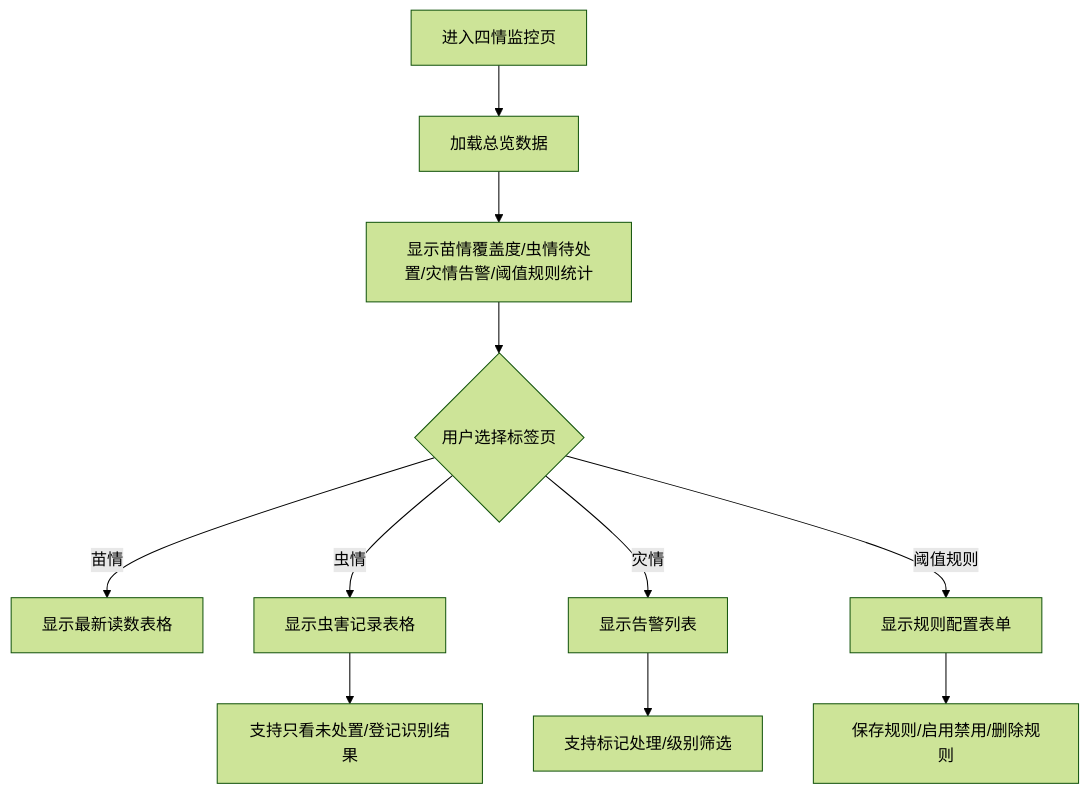
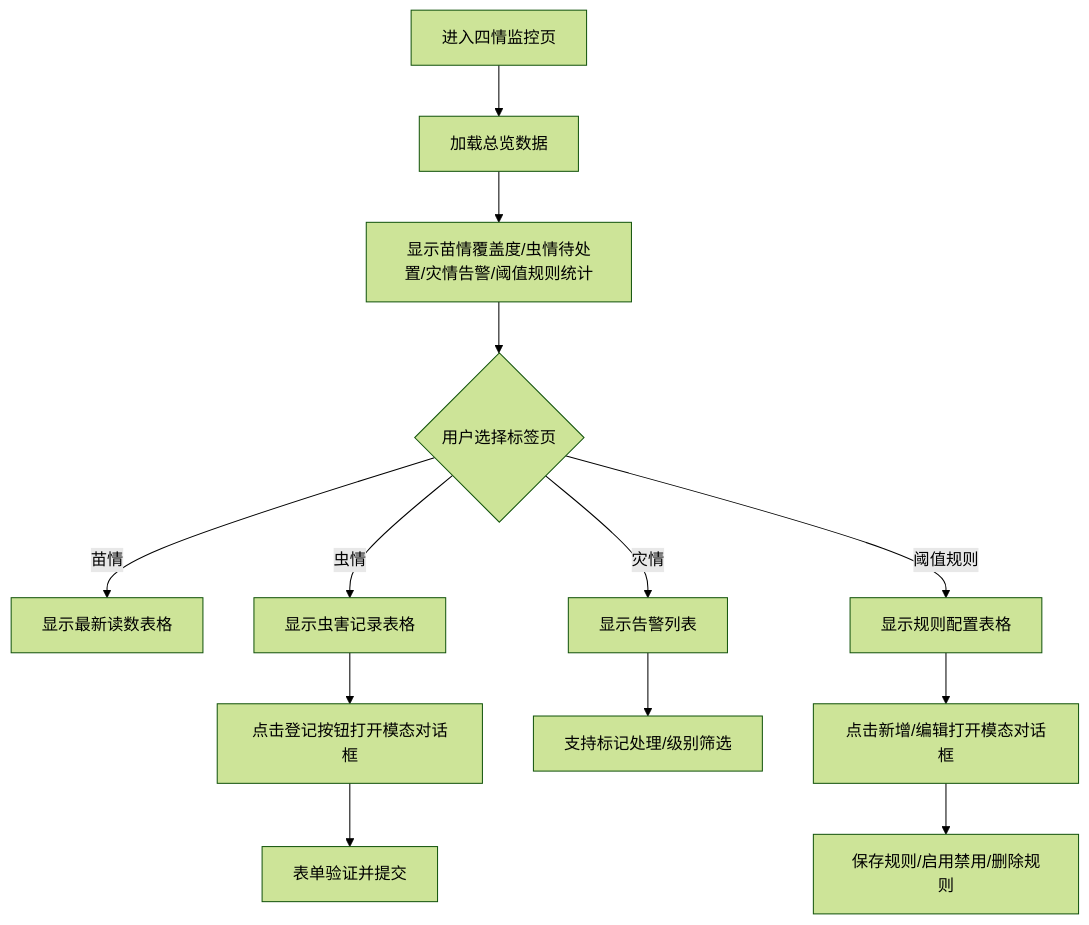
The fourth of 14 diagrams in .qoder/repowiki/zh/content/前端应用文档/前端应用文档.md (q446328246/agri-platform), drawn with Mermaid (forest theme) before and after one commit. The commit also changed other lines of this file and 37 other files, not shown here.

````diff
--- a/.qoder/repowiki/zh/content/前端应用文档/前端应用文档.md
+++ b/.qoder/repowiki/zh/content/前端应用文档/前端应用文档.md
@@ -229,13 +256,15 @@
 ```mermaid
 flowchart TD
 A["进入四情监控页"] --> B["加载总览数据"]
 B --> C["显示苗情覆盖度/虫情待处置/灾情告警/阈值规则统计"]
 C --> D{"用户选择标签页"}
 D --> |苗情| E["显示最新读数表格"]
 D --> |虫情| F["显示虫害记录表格"]
 D --> |灾情| G["显示告警列表"]
-D --> |阈值规则| H["显示规则配置表单"]
-F --> I["支持只看未处置/登记识别结果"]
+D --> |阈值规则| H["显示规则配置表格"]
+F --> I["点击登记按钮打开模态对话框"]
 G --> J["支持标记处理/级别筛选"]
-H --> K["保存规则/启用禁用/删除规则"]
+H --> K["点击新增/编辑打开模态对话框"]
+I --> L["表单验证并提交"]
+K --> M["保存规则/启用禁用/删除规则"]
 ```
````
